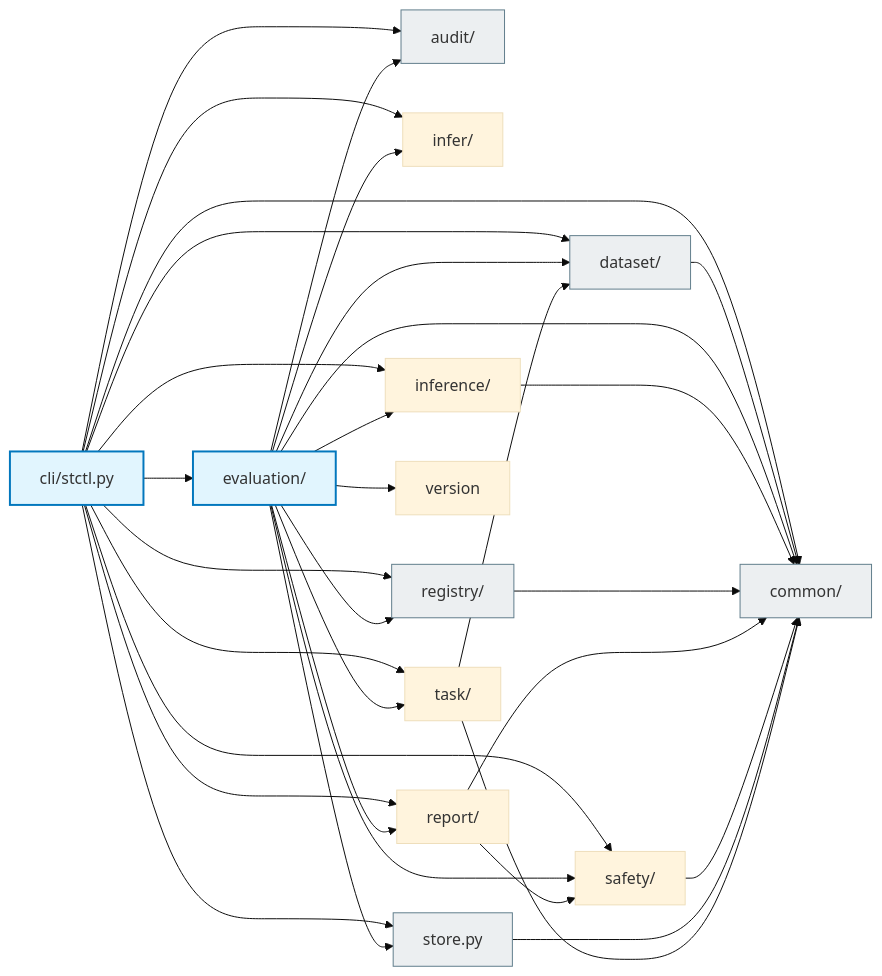
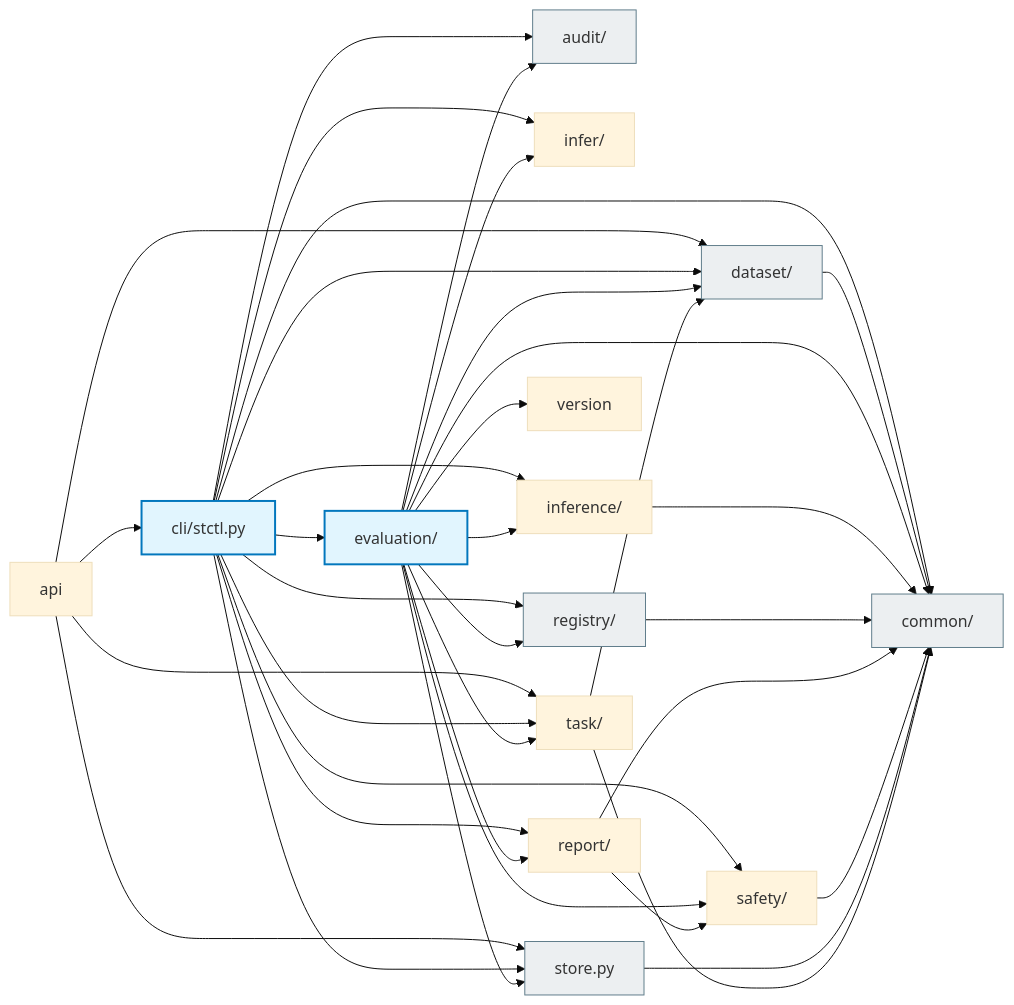
One commit to buhaiqing/SynthTrial changed the fourth of 4 diagrams in docs/design.md. Above: the diagram before and after it, drawn with Mermaid (base theme). The commit also changed 12 other files, not shown here.

````diff
--- a/docs/design.md
+++ b/docs/design.md
@@ -398,53 +398,58 @@
 ```mermaid
 flowchart LR
+    N_API["api"]
     N_AUDIT["audit/"]
     N_CLI["cli/stctl.py"]
     N_COMMON["common/"]
     N_DATASET["dataset/"]
     N_EVALUATION["evaluation/"]
     N_INFER["infer/"]
     N_INFERENCE["inference/"]
     N_REGISTRY["registry/"]
     N_REPORT["report/"]
     N_SAFETY["safety/"]
     N_STORE["store.py"]
     N_TASK["task/"]
     N_VERSION["version"]
 
+    N_API --> N_CLI
+    N_API --> N_DATASET
+    N_API --> N_STORE
+    N_API --> N_TASK
     N_CLI --> N_AUDIT
     N_CLI --> N_COMMON
     N_CLI --> N_DATASET
     N_CLI --> N_EVALUATION
     N_CLI --> N_INFER
     N_CLI --> N_INFERENCE
     N_CLI --> N_REGISTRY
     N_CLI --> N_REPORT
     N_CLI --> N_SAFETY
     N_CLI --> N_STORE
     N_CLI --> N_TASK
     N_DATASET --> N_COMMON
     N_EVALUATION --> N_AUDIT
     N_EVALUATION --> N_COMMON
     N_EVALUATION --> N_DATASET
     N_EVALUATION --> N_INFER
     N_EVALUATION --> N_INFERENCE
     N_EVALUATION --> N_REGISTRY
     N_EVALUATION --> N_REPORT
     N_EVALUATION --> N_SAFETY
     N_EVALUATION --> N_STORE
     N_EVALUATION --> N_TASK
     N_EVALUATION --> N_VERSION
     N_INFERENCE --> N_COMMON
     N_REGISTRY --> N_COMMON
     N_REPORT --> N_COMMON
     N_REPORT --> N_SAFETY
     N_SAFETY --> N_COMMON
     N_STORE --> N_COMMON
     N_TASK --> N_COMMON
     N_TASK --> N_DATASET
 
     classDef orch fill:#e1f5fe,stroke:#0277bd,stroke-width:2px
     classDef leaf fill:#eceff1,stroke:#607d8b
     class N_CLI,N_EVALUATION orch
     class N_AUDIT,N_COMMON,N_DATASET,N_REGISTRY,N_STORE leaf
 ```
````
